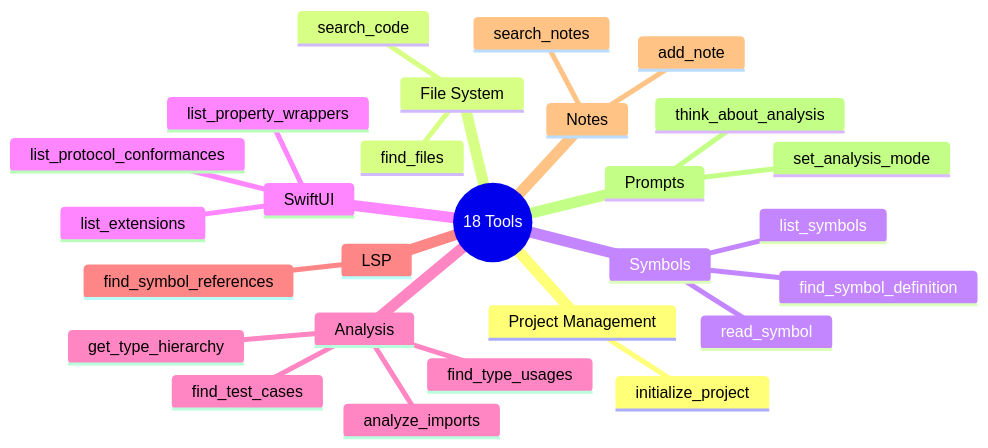
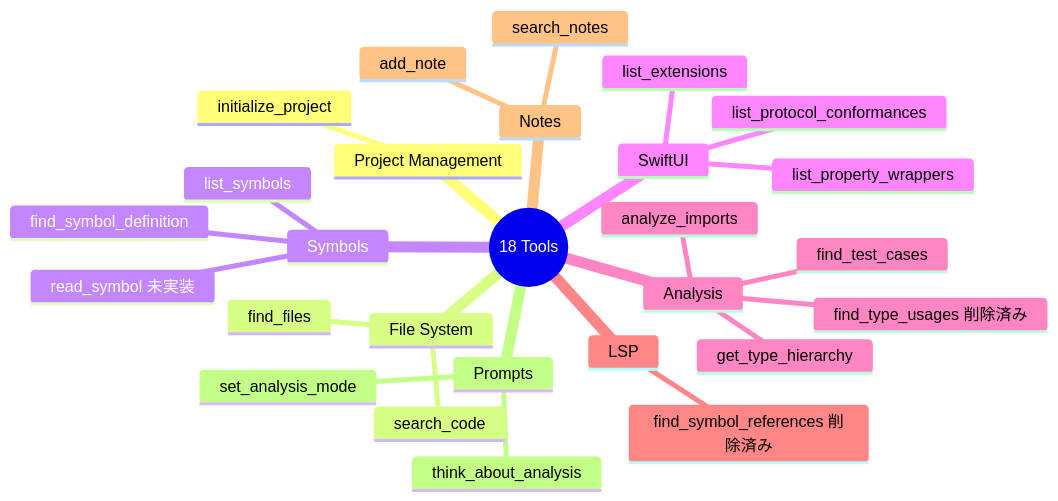
One commit to BlueEventHorizon/Swift-Selena changed the third of 27 diagrams in project/main/design/DES-103_Tool_Implementation_Design.md. Above: the diagram before and after it, drawn with Mermaid. The commit also changed other lines of this file and 16 other files, not shown here.

````diff
--- a/project/main/design/DES-103_Tool_Implementation_Design.md
+++ b/project/main/design/DES-103_Tool_Implementation_Design.md
@@ -95,30 +95,30 @@
 ```mermaid
 mindmap
   root((18 Tools))
     Project Management
       initialize_project
     File System
       find_files
       search_code
     Symbols
       list_symbols
       find_symbol_definition
-      read_symbol
+      read_symbol 未実装
     SwiftUI
       list_property_wrappers
       list_protocol_conformances
       list_extensions
     Analysis
       analyze_imports
       get_type_hierarchy
       find_test_cases
-      find_type_usages
+      find_type_usages 削除済み
     LSP
-      find_symbol_references
+      find_symbol_references 削除済み
     Notes
       add_note
       search_notes
     Prompts
       set_analysis_mode
       think_about_analysis
 ```
````
